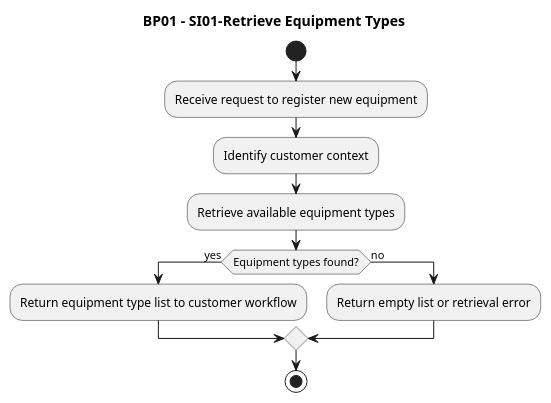
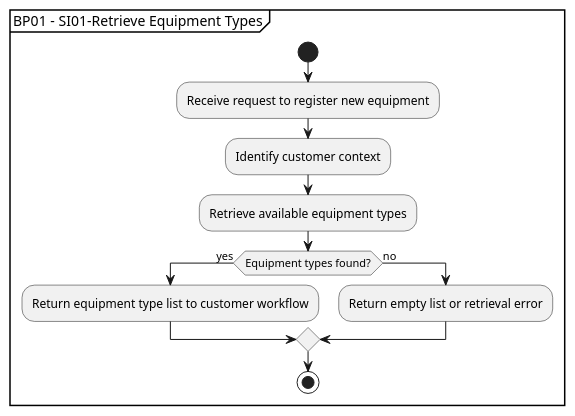
One commit to aaberg/builders-clinic-fix-me changed the diagram in 2.System Interactions/1.SystemInteractionDiagrams/BP01-SI01-Retrieve-Equipment-Types.puml. Above: the diagram before and after it, drawn with PlantUML. The commit also changed 54 other files, not shown here.

```diff
--- a/2.System Interactions/1.SystemInteractionDiagrams/BP01-SI01-Retrieve-Equipment-Types.puml
+++ b/2.System Interactions/1.SystemInteractionDiagrams/BP01-SI01-Retrieve-Equipment-Types.puml
@@ -1,15 +1,16 @@
 @startuml
-title BP01 - SI01-Retrieve Equipment Types
 
-start
-:Receive request to register new equipment;
-:Identify customer context;
-:Retrieve available equipment types;
-if (Equipment types found?) then (yes)
-  :Return equipment type list to customer workflow;
-else (no)
-  :Return empty list or retrieval error;
-endif
-stop
+partition "BP01 - SI01-Retrieve Equipment Types" {
+  start
+  :Receive request to register new equipment;
+  :Identify customer context;
+  :Retrieve available equipment types;
+  if (Equipment types found?) then (yes)
+    :Return equipment type list to customer workflow;
+  else (no)
+    :Return empty list or retrieval error;
+  endif
+  stop
+}
 
 @enduml
```
